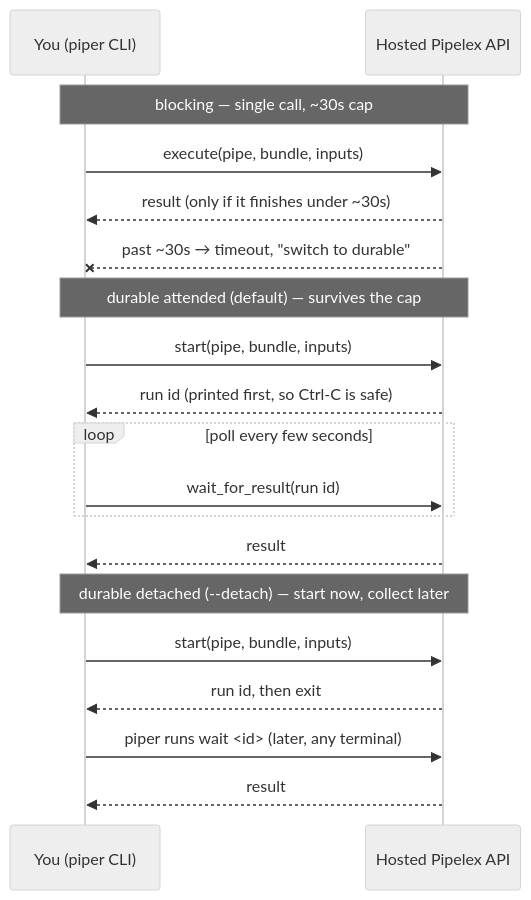
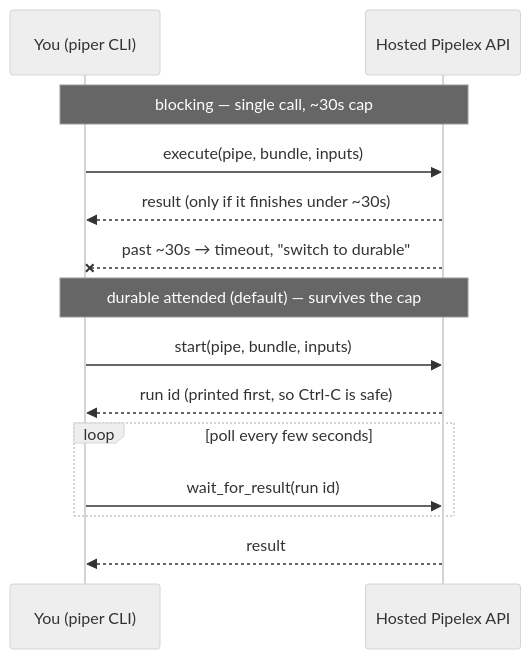
Before and after one commit to Pipelex/pipelex-starter-python: the second of 3 diagrams in README.md, drawn with Mermaid (neutral theme). The commit also changed other lines of this file, not shown here.

Commit message:
docs(readme): split execution mode diagram

````diff
--- a/README.md
+++ b/README.md
@@ -160,21 +162,16 @@
 ```mermaid
 sequenceDiagram
     participant U as You (piper CLI)
     participant API as Hosted Pipelex API
     Note over U,API: blocking — single call, ~30s cap
     U->>API: execute(pipe, bundle, inputs)
     API-->>U: result (only if it finishes under ~30s)
     API--xU: past ~30s → timeout, "switch to durable"
     Note over U,API: durable attended (default) — survives the cap
     U->>API: start(pipe, bundle, inputs)
     API-->>U: run id (printed first, so Ctrl-C is safe)
     loop poll every few seconds
         U->>API: wait_for_result(run id)
     end
     API-->>U: result
-    Note over U,API: durable detached (--detach) — start now, collect later
-    U->>API: start(pipe, bundle, inputs)
-    API-->>U: run id, then exit
-    U->>API: piper runs wait <id> (later, any terminal)
-    API-->>U: result
 ```
````
